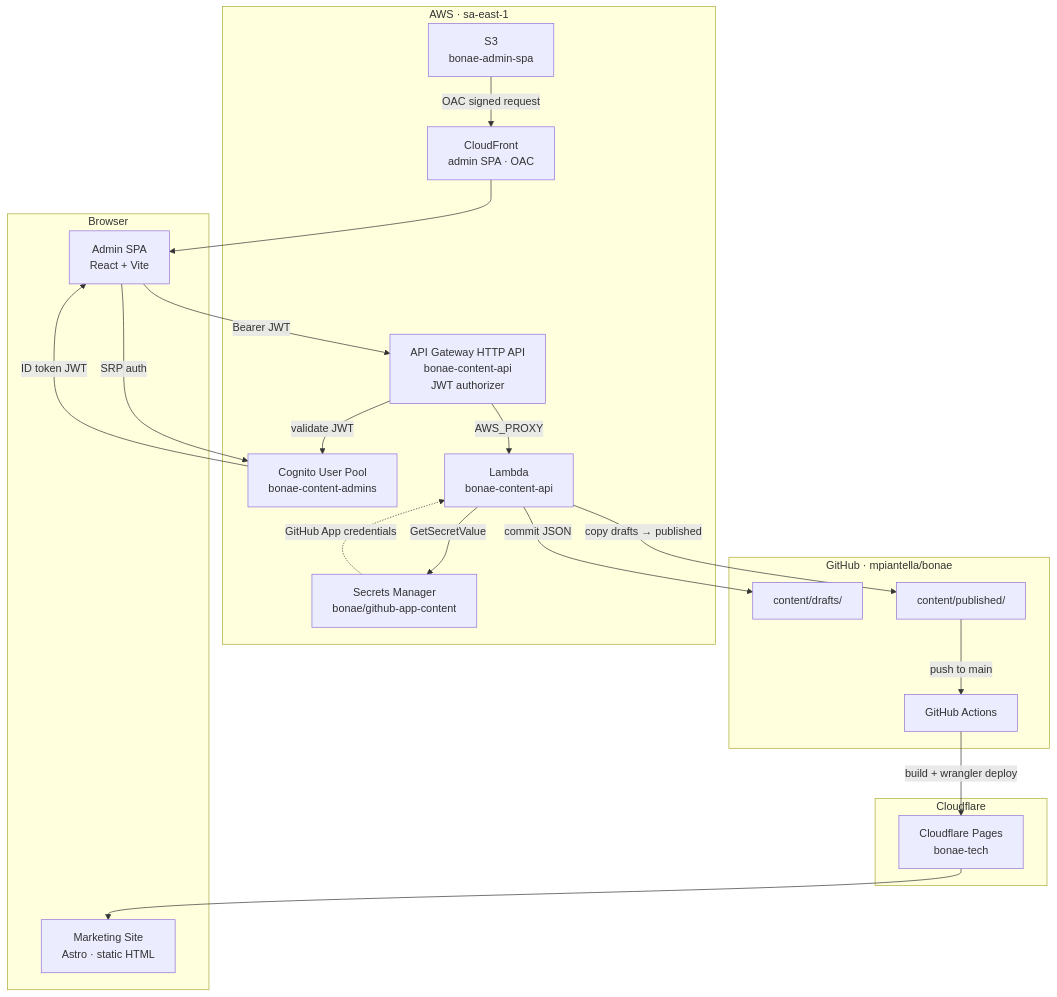
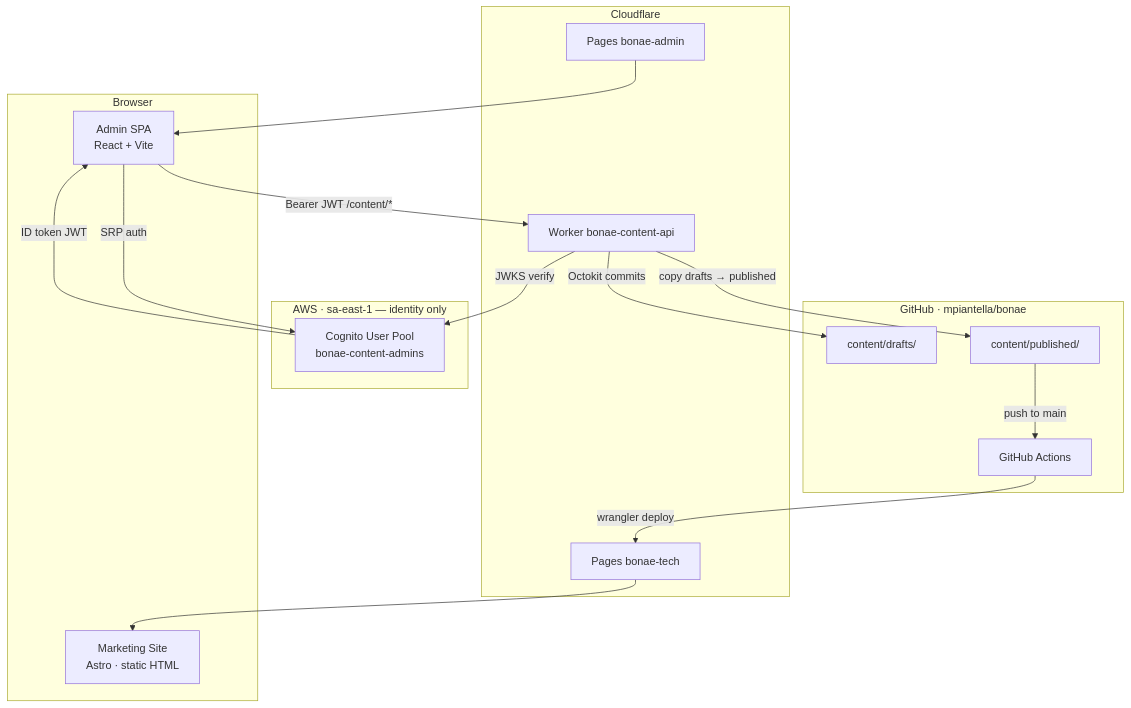
The first of 15 diagrams in docs/architecture.md (Bonae-Tech/bonae-tech), drawn with Mermaid before and after one commit. The commit also changed other lines of this file and 62 other files, not shown here.

First line of the commit message:
Hybrid Cloudflare + AWS Cognito architecture (#58)

````diff
--- a/docs/architecture.md
+++ b/docs/architecture.md
@@ -22,41 +22,34 @@
 ```mermaid
 flowchart TD
     subgraph Browser
         AdminSPA["Admin SPA\nReact + Vite"]
         MarketingSite["Marketing Site\nAstro · static HTML"]
     end
 
-    subgraph AWS["AWS · sa-east-1"]
+    subgraph AWS["AWS · sa-east-1 — identity only"]
         Cognito["Cognito User Pool\nbonae-content-admins"]
-        APIGW["API Gateway HTTP API\nbonae-content-api\nJWT authorizer"]
-        Lambda["Lambda\nbonae-content-api"]
-        SM["Secrets Manager\nbonae/github-app-content"]
-        S3SPA["S3\nbonae-admin-spa"]
-        CF["CloudFront\nadmin SPA · OAC"]
     end
 
     subgraph Cloudflare
-        CFPages["Cloudflare Pages\nbonae-tech"]
+        AdminPages["Pages bonae-admin"]
+        Worker["Worker bonae-content-api"]
+        CFPages["Pages bonae-tech"]
     end
 
     subgraph GitHub["GitHub · mpiantella/bonae"]
         Drafts["content/drafts/"]
         Published["content/published/"]
         Actions["GitHub Actions"]
     end
 
     AdminSPA -->|"SRP auth"| Cognito
     Cognito -->|"ID token JWT"| AdminSPA
-    AdminSPA -->|"Bearer JWT"| APIGW
-    APIGW -->|"validate JWT"| Cognito
-    APIGW -->|"AWS_PROXY"| Lambda
-    Lambda -->|"GetSecretValue"| SM
-    SM -.->|"GitHub App credentials"| Lambda
-    Lambda -->|"commit JSON"| Drafts
-    Lambda -->|"copy drafts → published"| Published
+    AdminPages --> AdminSPA
+    AdminSPA -->|"Bearer JWT /content/*"| Worker
+    Worker -->|"JWKS verify"| Cognito
+    Worker -->|"Octokit commits"| Drafts
+    Worker -->|"copy drafts → published"| Published
     Published -->|"push to main"| Actions
-    Actions -->|"build + wrangler deploy"| CFPages
+    Actions -->|"wrangler deploy"| CFPages
     CFPages --> MarketingSite
-    S3SPA -->|"OAC signed request"| CF
-    CF --> AdminSPA
 ```
````
